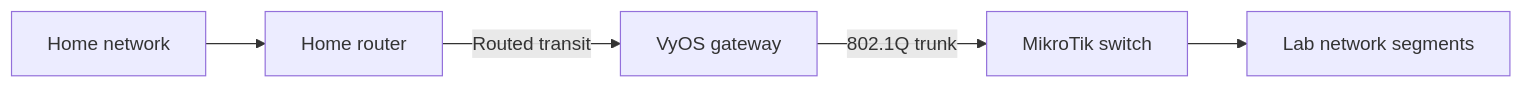
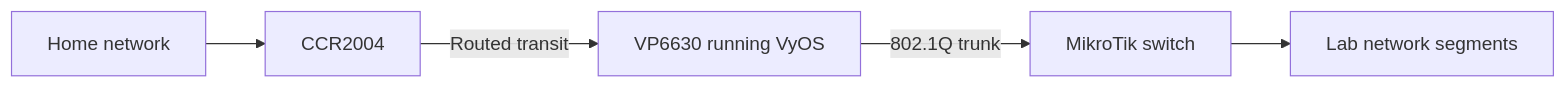
One commit to GilmanLab/networking changed the diagram in docs/docs/designs/drafts/lab-v2-core-network.md. Above: the diagram before and after it, drawn with Mermaid. The commit also changed other lines of this file and 3 other files, not shown here.

````diff
--- a/docs/docs/designs/drafts/lab-v2-core-network.md
+++ b/docs/docs/designs/drafts/lab-v2-core-network.md
@@ -69,7 +50,7 @@
 ```mermaid
 flowchart LR
-    HOME[Home network] --> EDGE[Home router]
-    EDGE -->|Routed transit| VYOS[VyOS gateway]
+    HOME[Home network] --> CCR[CCR2004]
+    CCR -->|Routed transit| VYOS[VP6630 running VyOS]
     VYOS -->|802.1Q trunk| SWITCH[MikroTik switch]
     SWITCH --> SEGMENTS[Lab network segments]
 ```
````
